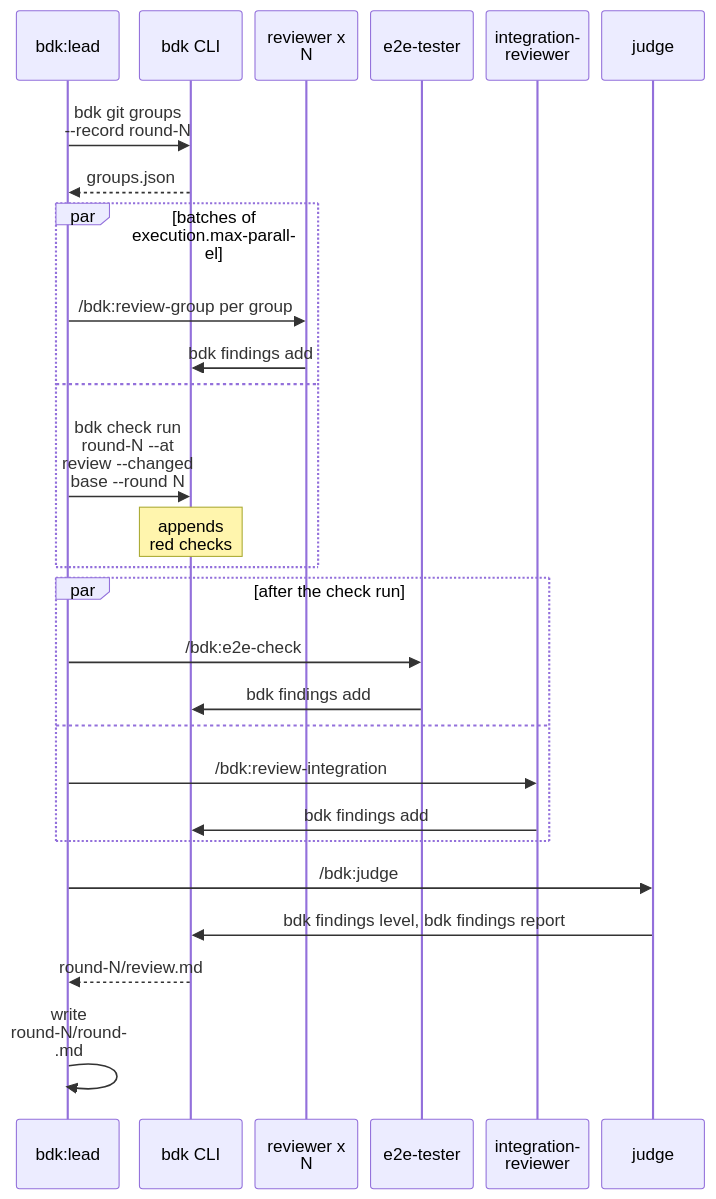
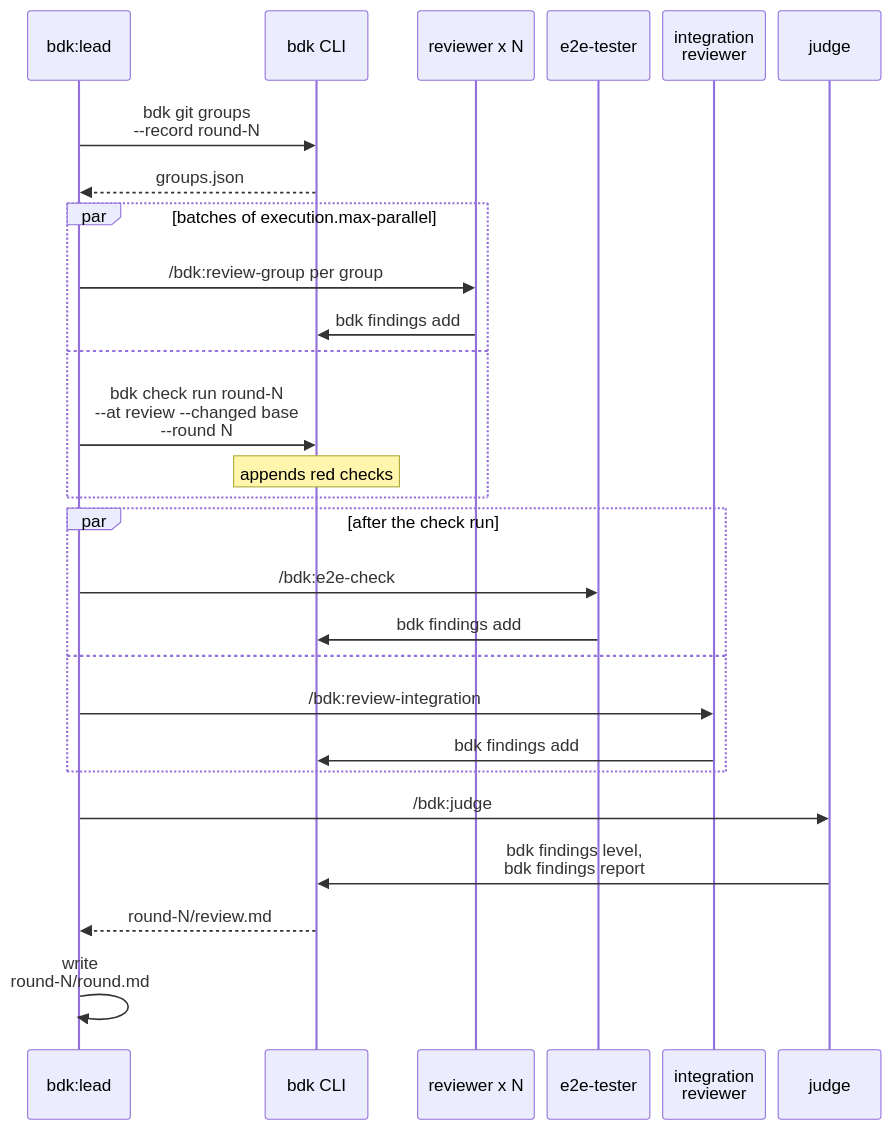
Before and after one commit to broneq/bdk: diagram 11 of 15 in docs/concepts/orchestrators.md, drawn with Mermaid. The commit also changed other lines of this file and 10 other files, not shown here.

First line of the commit message:
fix(docs): keep sequence diagram names whole

````diff
--- a/docs/concepts/orchestrators.md
+++ b/docs/concepts/orchestrators.md
@@ -249,30 +249,30 @@
 ```mermaid
-%%{init: {"sequence": {"actorMargin": 12, "width": 96, "noteMargin": 6, "wrap": true}}}%%
+%%{init: {"sequence": {"actorMargin": 12, "width": 96, "noteMargin": 6}}}%%
 sequenceDiagram
   participant L as bdk:lead
   participant B as bdk CLI
   participant R as reviewer x N
   participant E as e2e-tester
-  participant I as integration-<br/>reviewer
+  participant I as integration<br/>reviewer
   participant J as judge
-  L->>B: bdk git groups --record round-N
+  L->>B: bdk git groups<br/>--record round-N
   B-->>L: groups.json
   par batches of execution.max-parallel
     L->>R: /bdk:review-group per group
     R->>B: bdk findings add
   and
-    L->>B: bdk check run round-N --at review --changed base --round N
+    L->>B: bdk check run round-N<br/>--at review --changed base<br/>--round N
     Note over B: appends red checks
   end
   par after the check run
     L->>E: /bdk:e2e-check
     E->>B: bdk findings add
   and
     L->>I: /bdk:review-integration
     I->>B: bdk findings add
   end
   L->>J: /bdk:judge
-  J->>B: bdk findings level, bdk findings report
+  J->>B: bdk findings level,<br/>bdk findings report
   B-->>L: round-N/review.md
-  L->>L: write round-N/round.md
+  L->>L: write<br/>round-N/round.md
 ```
````
